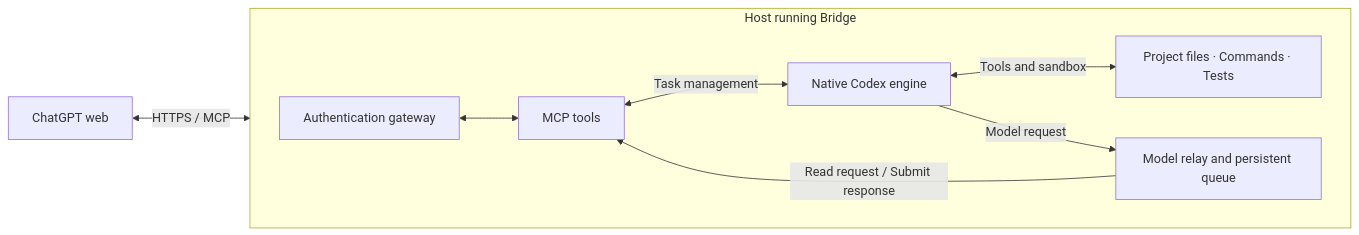
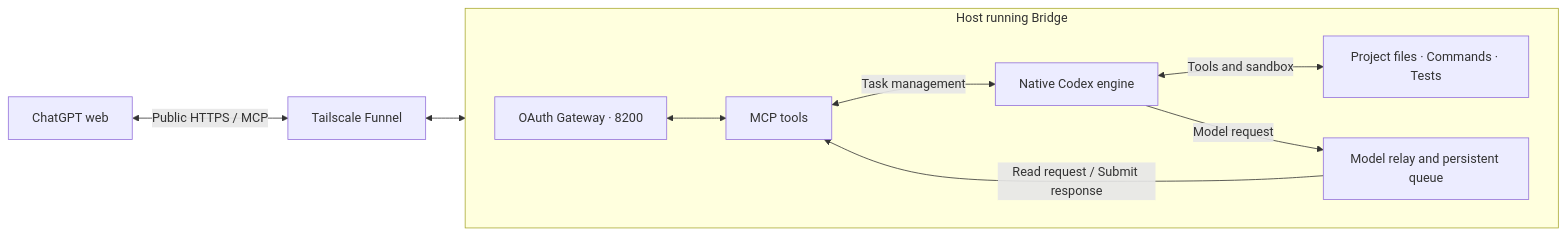
One commit to Double-wk/ChatGPT-MCP-Bridge changed the diagram in README.en.md. Above: the diagram before and after it, drawn with Mermaid. The commit also changed other lines of this file and 43 other files, not shown here.

````diff
--- a/README.en.md
+++ b/README.en.md
@@ -24,12 +24,13 @@
 ```mermaid
 flowchart LR
-    W["ChatGPT web"] <-->|"HTTPS / MCP"| G["Authentication gateway"]
+    W["ChatGPT web"] <-->|"Public HTTPS / MCP"| F["Tailscale Funnel"]
+    F <--> G["OAuth Gateway · 8200"]
     subgraph H["Host running Bridge"]
         direction LR
         G <--> M["MCP tools"]
         M <-->|"Task management"| C["Native Codex engine"]
         C <-->|"Tools and sandbox"| P["Project files · Commands · Tests"]
         C -->|"Model request"| R["Model relay and persistent queue"]
         R -->|"Read request / Submit response"| M
     end
 ```
````
